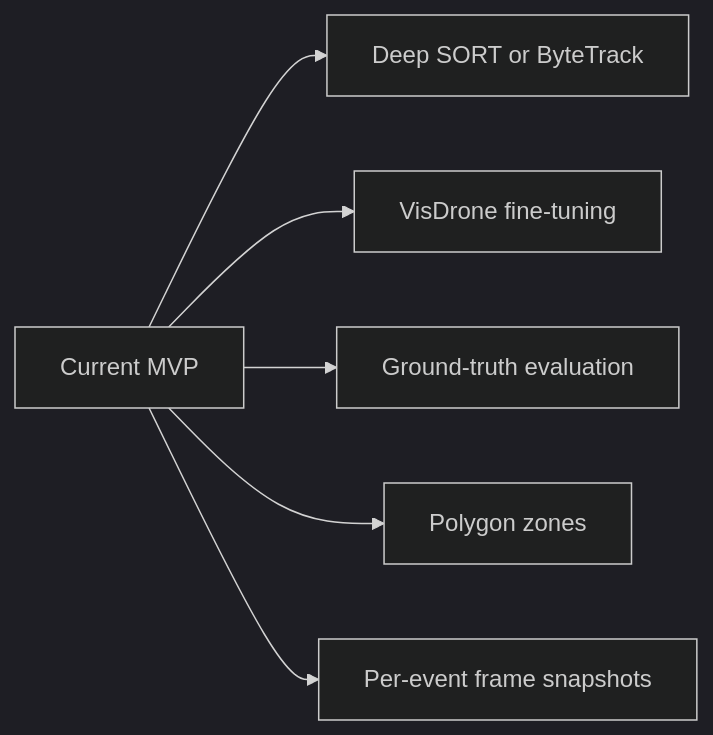
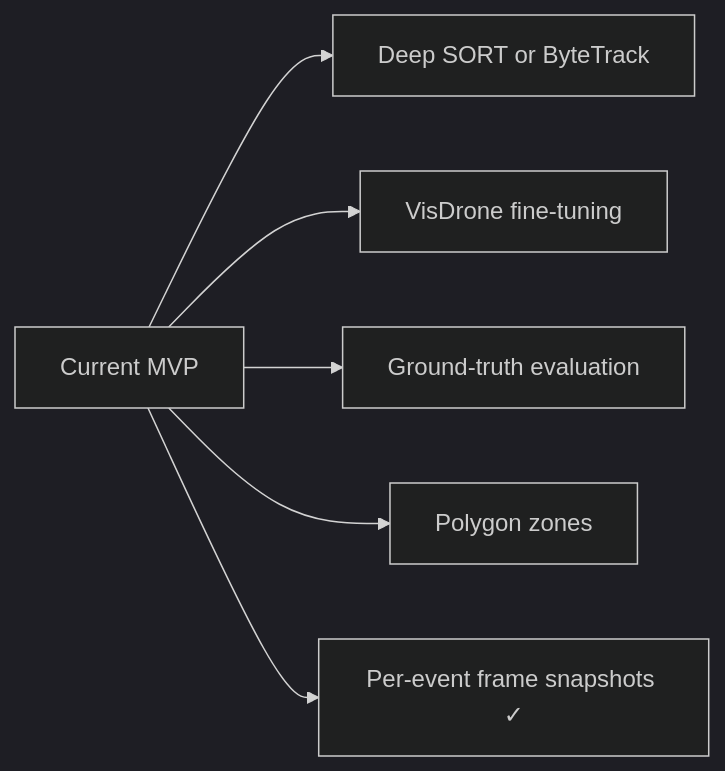
One commit to harshitcodes1308/PT-007-AI-Based-Battlefield-Surveillance-and-Threat-Detection-System changed the fifth of 5 diagrams in README.md. Above: the diagram before and after it, drawn with Mermaid (dark theme). The commit also changed other lines of this file and 5 other files, not shown here.

````diff
--- a/README.md
+++ b/README.md
@@ -307,8 +319,8 @@
 ```mermaid
 flowchart LR
     A[Current MVP] --> B[Deep SORT or ByteTrack]
     A --> C[VisDrone fine-tuning]
     A --> D[Ground-truth evaluation]
     A --> E[Polygon zones]
-    A --> F[Per-event frame snapshots]
+    A --> F[Per-event frame snapshots ✓]
 ```
````
